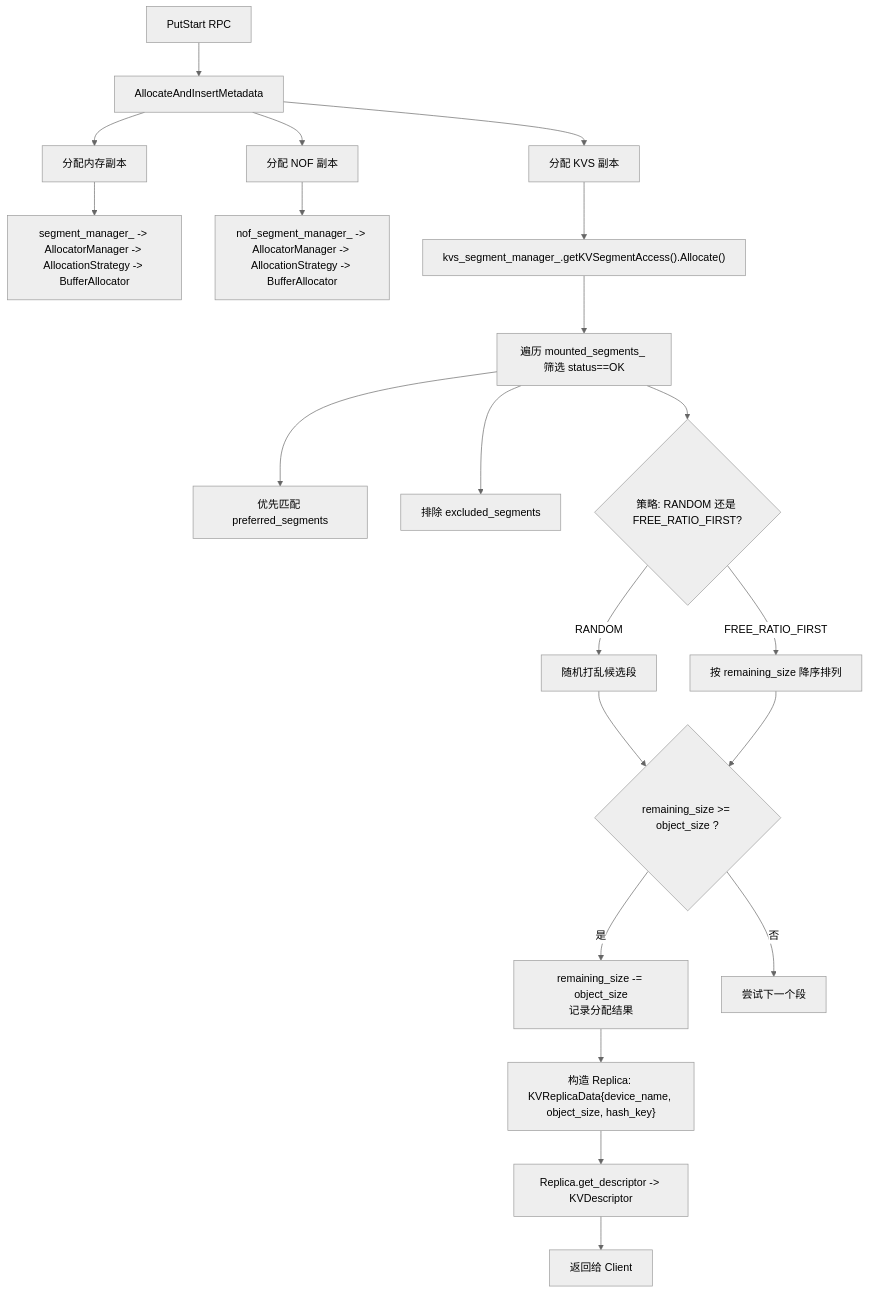
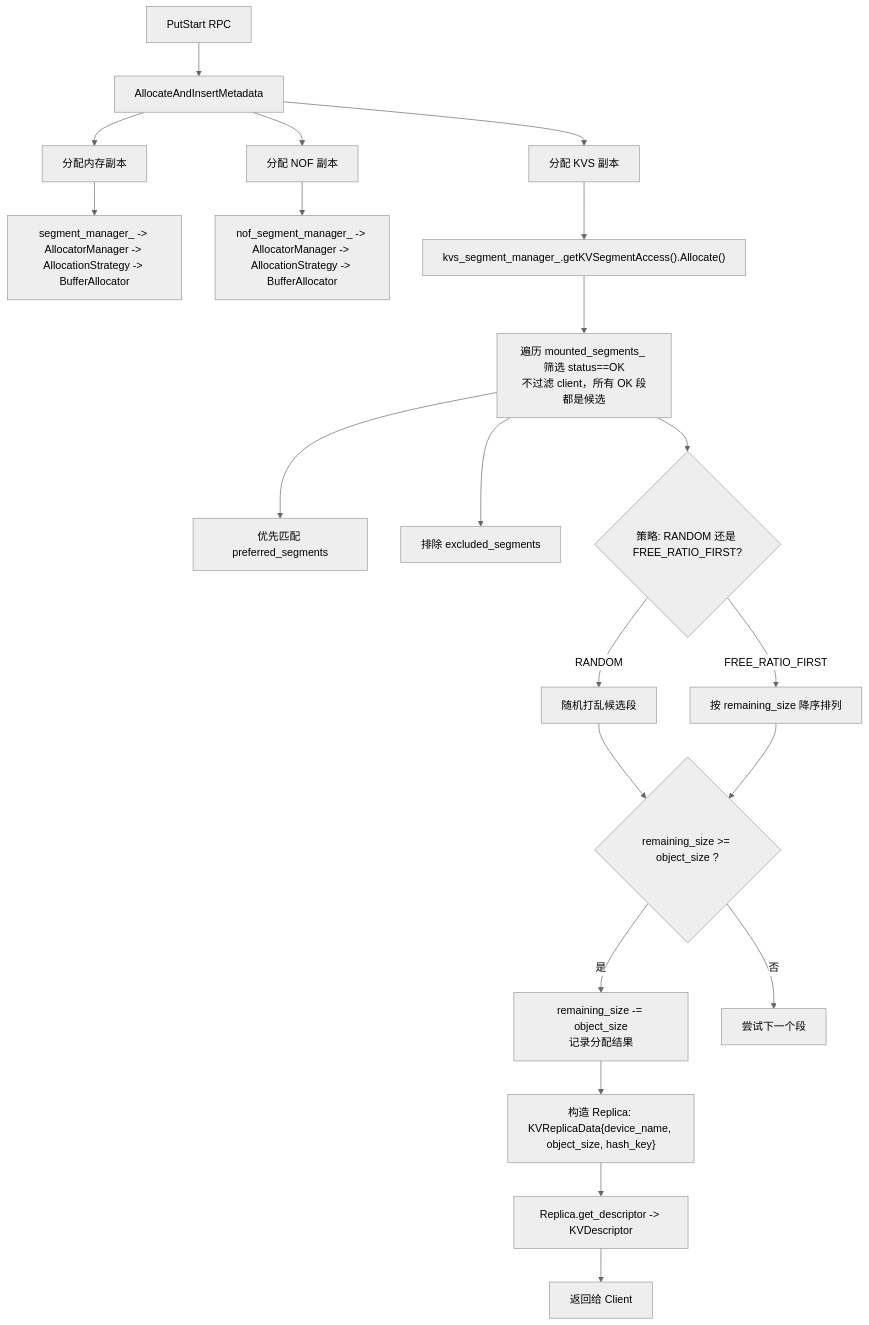
One commit to yz53665/Mooncake changed the fifth of 10 diagrams in mooncake-store/docs/KVUSegment_design.md. Above: the diagram before and after it, drawn with Mermaid (neutral theme). The commit also changed other lines of this file, not shown here.

````diff
--- a/mooncake-store/docs/KVUSegment_design.md
+++ b/mooncake-store/docs/KVUSegment_design.md
@@ -264,30 +277,30 @@
 ```mermaid
 flowchart TD
     A[PutStart RPC] --> B[AllocateAndInsertMetadata]
 
     B --> C[分配内存副本]
     C --> D["segment_manager_ -> AllocatorManager -> AllocationStrategy -> BufferAllocator"]
 
     B --> F[分配 NOF 副本]
     F --> G["nof_segment_manager_ -> AllocatorManager -> AllocationStrategy -> BufferAllocator"]
 
     B --> I[分配 KVS 副本]
     I --> J["kvs_segment_manager_.getKVSegmentAccess().Allocate()"]
 
-    J --> K["遍历 mounted_segments_ 筛选 status==OK"]
+    J --> K["遍历 mounted_segments_ 筛选 status==OK<br/>不过滤 client，所有 OK 段都是候选"]
     K --> L[优先匹配 preferred_segments]
     K --> M[排除 excluded_segments]
     K --> N{策略: RANDOM 还是 FREE_RATIO_FIRST?}
     N -->|RANDOM| O[随机打乱候选段]
     N -->|FREE_RATIO_FIRST| P[按 remaining_size 降序排列]
 
     O --> Q{"remaining_size >= object_size ?"}
     P --> Q
 
     Q -->|是| R["remaining_size -= object_size<br/>记录分配结果"]
     Q -->|否| S[尝试下一个段]
 
     R --> T["构造 Replica: KVReplicaData{device_name, object_size, hash_key}"]
     T --> U["Replica.get_descriptor -> KVDescriptor"]
     U --> X[返回给 Client]
 ```
````
